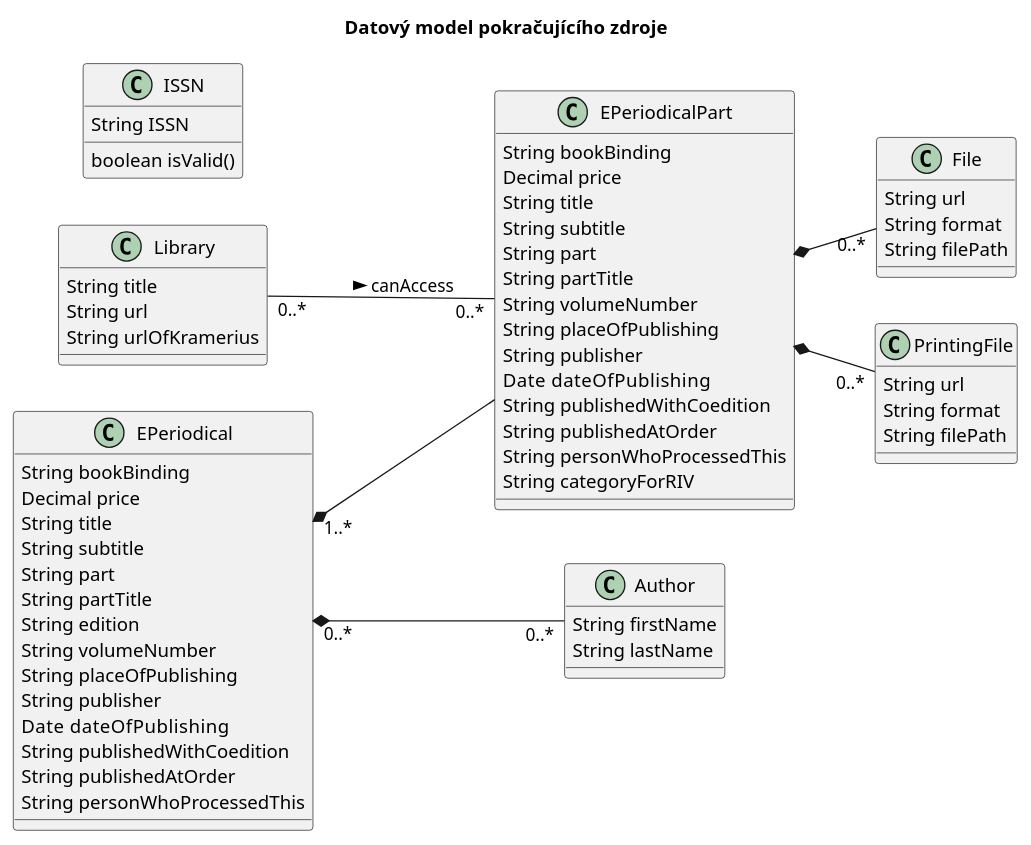
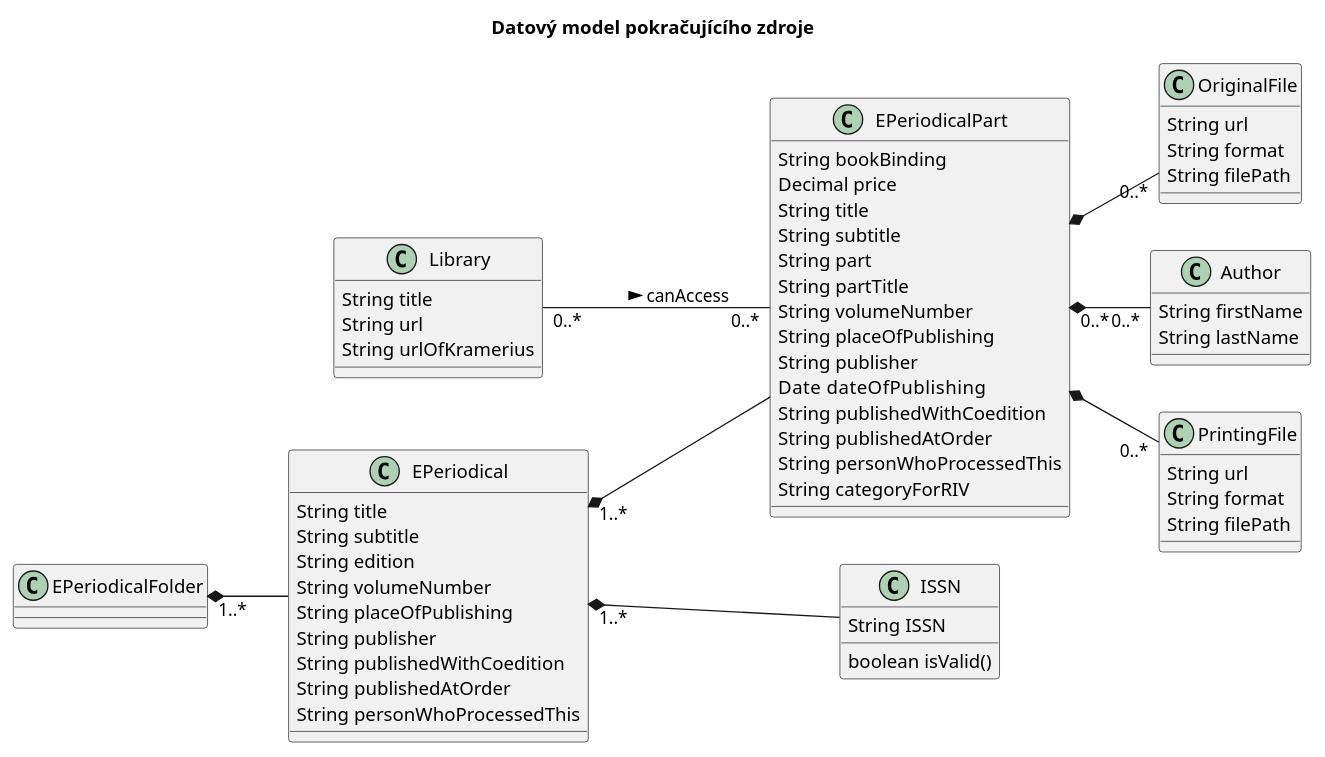
The diagram in docs/dm02.plantuml (edeposit/edeposit), drawn with PlantUML before and after one commit. The commit also changed 1 other file, not shown here.

```diff
--- a/docs/dm02.plantuml
+++ b/docs/dm02.plantuml
@@ -1,73 +1,73 @@
 @startuml
 left to right direction
 title Datový model pokračujícího zdroje
 
 class Library {
       String title
       String url
       String urlOfKramerius
 }
 
 class ISSN {
       String ISSN
       boolean isValid()
 }
 
-class File {
+class OriginalFile {
       String url
       String format
       String filePath
 }
 
 class Author {
       String firstName
       String lastName
 }
 
 class PrintingFile {
       String url
       String format
       String filePath
 }
 
+class EPeriodicalFolder {
+}
+
 class EPeriodical {
-      String bookBinding
-      Decimal price
       String title
       String subtitle
-      String part
-      String partTitle
       String edition
       String volumeNumber
       String placeOfPublishing
       String publisher
-      Date   dateOfPublishing
       String publishedWithCoedition
       String publishedAtOrder
       String personWhoProcessedThis
 }
 
 class EPeriodicalPart {
       String bookBinding
       Decimal price
       String title
       String subtitle
       String part
       String partTitle
       String volumeNumber
       String placeOfPublishing
       String publisher
       Date   dateOfPublishing
       String publishedWithCoedition
       String publishedAtOrder
       String personWhoProcessedThis
       String categoryForRIV
 }
 
 Library "0..*" -- "0..*" EPeriodicalPart: canAccess >
-EPeriodicalPart *-- "0..*" File
+EPeriodicalPart *-- "0..*" OriginalFile
 EPeriodicalPart *-- "0..*" PrintingFile
-EPeriodical "0..*" *-- "0..*" Author
+EPeriodicalPart "0..*" *-- "0..*" Author
 EPeriodical "1..*" *-- EPeriodicalPart
+EPeriodical "1..*" *-- ISSN
+EPeriodicalFolder "1..*" *-- EPeriodical
 
 @enduml
```
